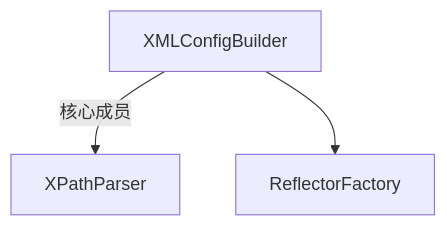
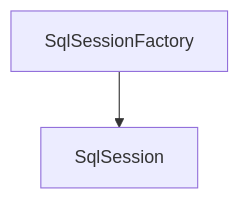
Before and after one commit to MissionLee/newnote: the second of 2 diagrams in 003.JavaWebTech/02.MyBatis/005-MyBatis源码.md, drawn with Mermaid. The commit also changed other lines of this file and 21 other files, not shown here.

````diff
--- a/003.JavaWebTech/02.MyBatis/005-MyBatis源码.md
+++ b/003.JavaWebTech/02.MyBatis/005-MyBatis源码.md
@@ -4,5 +88,4 @@
 ```mermaid
 graph TD;
-XMLConfigBuilder-->|核心成员|XPathParser
-XMLConfigBuilder-->ReflectorFactory
+SqlSessionFactory-->SqlSession
 ```
````
